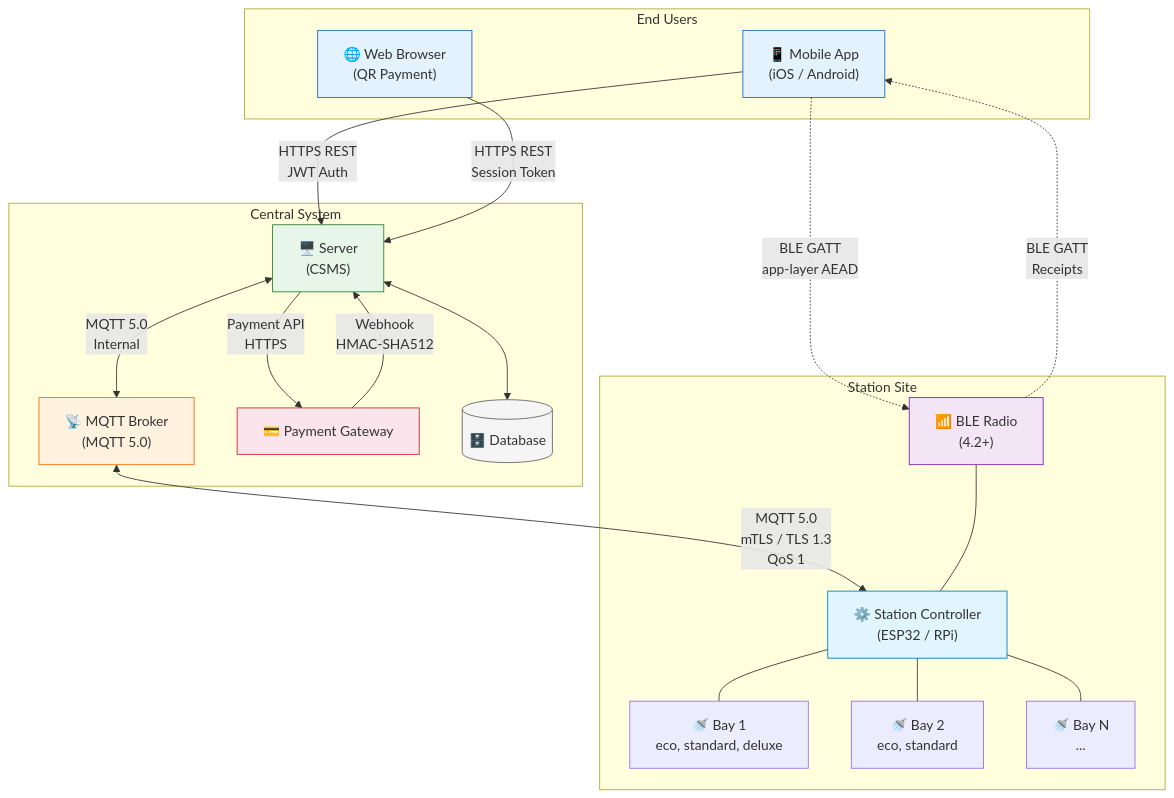
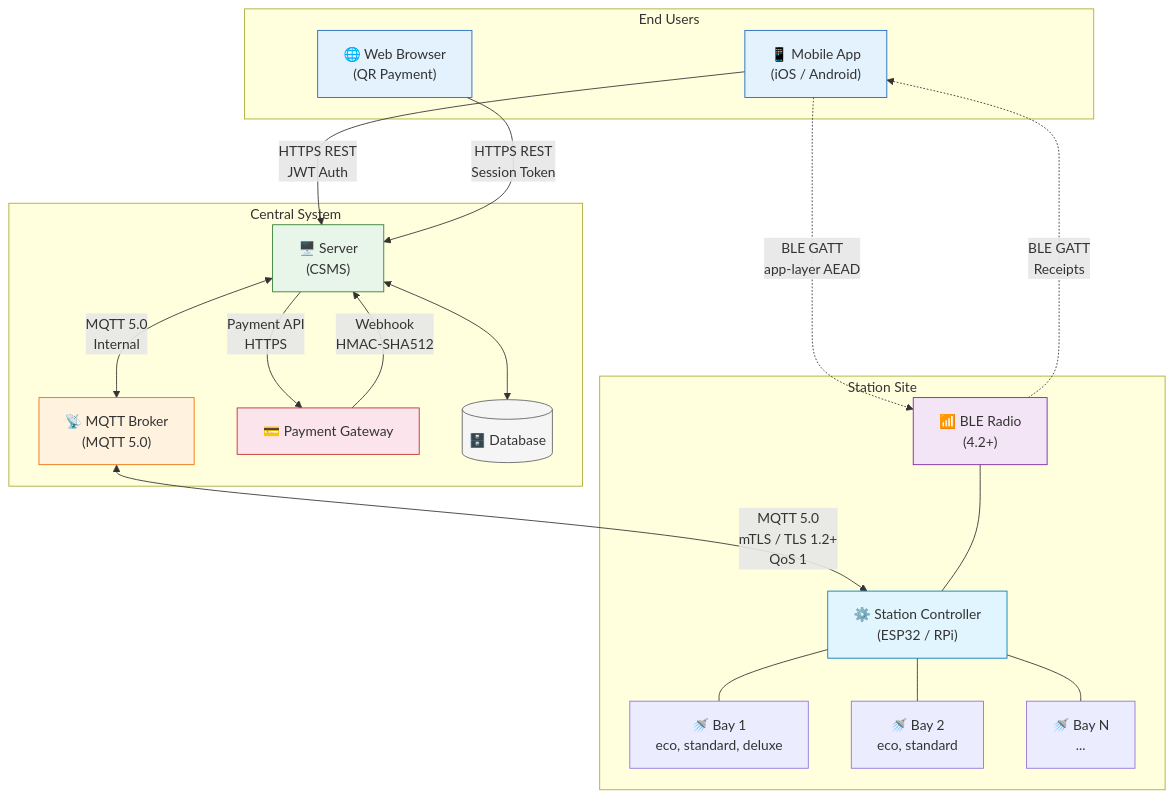
Before and after one commit to ospp-org/spec: the diagram in diagrams/architecture-overview.mmd, drawn with Mermaid. The commit also changed 9 other files, not shown here.

````diff
--- a/diagrams/architecture-overview.mmd
+++ b/diagrams/architecture-overview.mmd
@@ -1,58 +1,58 @@
 %% OSPP Architecture Overview
 %% Renders on GitHub when included in a Markdown file via ```mermaid block
 
 graph TB
     subgraph "End Users"
         APP["📱 Mobile App<br/>(iOS / Android)"]
         WEB["🌐 Web Browser<br/>(QR Payment)"]
     end
 
     subgraph "Central System"
         SERVER["🖥️ Server<br/>(CSMS)"]
         BROKER["📡 MQTT Broker<br/>(MQTT 5.0)"]
         PG["💳 Payment Gateway"]
         DB[("🗄️ Database")]
     end
 
     subgraph "Station Site"
         CTRL["⚙️ Station Controller<br/>(ESP32 / RPi)"]
         BLE["📶 BLE Radio<br/>(4.2+)"]
         BAY1["🚿 Bay 1<br/>eco, standard, deluxe"]
         BAY2["🚿 Bay 2<br/>eco, standard"]
         BAYН["🚿 Bay N<br/>..."]
     end
 
     %% Online path: App/Web → Server
     APP -->|"HTTPS REST<br/>JWT Auth"| SERVER
     WEB -->|"HTTPS REST<br/>Session Token"| SERVER
 
     %% Server ↔ Broker ↔ Station (MQTT)
     SERVER <-->|"MQTT 5.0<br/>Internal"| BROKER
-    BROKER <-->|"MQTT 5.0<br/>mTLS / TLS 1.3<br/>QoS 1"| CTRL
+    BROKER <-->|"MQTT 5.0<br/>mTLS / TLS 1.2+<br/>QoS 1"| CTRL
 
     %% Payment Gateway → Server (webhooks)
     PG -->|"Webhook<br/>HMAC-SHA512"| SERVER
     SERVER -->|"Payment API<br/>HTTPS"| PG
 
     %% Server ↔ Database
     SERVER <--> DB
 
     %% BLE offline path (dashed)
     APP -. "BLE GATT<br/>app-layer AEAD" .-> BLE
     BLE -. "BLE GATT<br/>Receipts" .-> APP
 
     %% Station internals
     BLE --- CTRL
     CTRL --- BAY1
     CTRL --- BAY2
     CTRL --- BAYН
 
     %% Styling
     style SERVER fill:#e8f5e9,stroke:#2e7d32
     style BROKER fill:#fff3e0,stroke:#ef6c00
     style CTRL fill:#e1f5fe,stroke:#0277bd
     style BLE fill:#f3e5f5,stroke:#7b1fa2
     style PG fill:#fce4ec,stroke:#c62828
     style DB fill:#f5f5f5,stroke:#616161
     style APP fill:#e3f2fd,stroke:#1565c0
     style WEB fill:#e3f2fd,stroke:#1565c0
````
